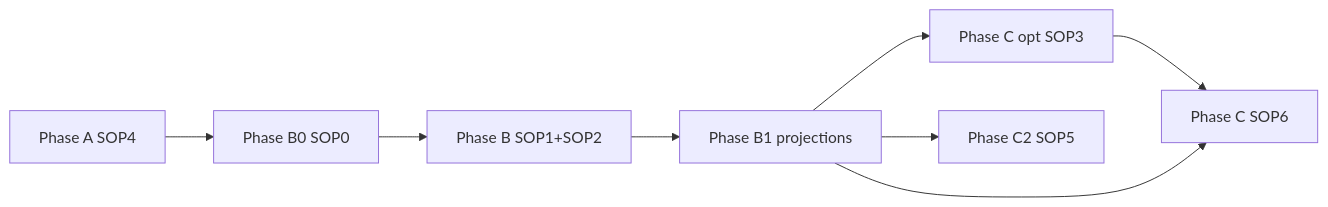
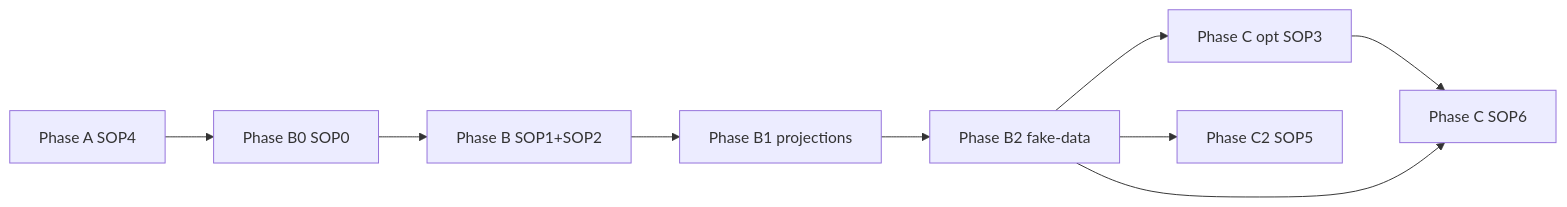
The diagram in starterkit/personal-mcp/SOP_SEQUENCE.md (mindflight-orchestrator/starter-kit-ghostcrab-perso), drawn with Mermaid before and after one commit. The commit also changed other lines of this file and 12 other files, not shown here.

First line of the commit message:
Align StarterKit projections with ghostcrab-personal-mcp artifact taxonomy and B2 fake-data routes.

````diff
--- a/starterkit/personal-mcp/SOP_SEQUENCE.md
+++ b/starterkit/personal-mcp/SOP_SEQUENCE.md
@@ -26,14 +26,15 @@
 ```mermaid
 flowchart LR
   A[Phase A SOP4]
   B0[Phase B0 SOP0]
   B[Phase B SOP1+SOP2]
   B1[Phase B1 projections]
+  B2[Phase B2 fake-data]
   C3[Phase C opt SOP3]
   C6[Phase C SOP6]
   C2[Phase C2 SOP5]
-  A --> B0 --> B --> B1
-  B1 --> C3 --> C6
-  B1 --> C6
-  B1 --> C2
+  A --> B0 --> B --> B1 --> B2
+  B2 --> C3 --> C6
+  B2 --> C6
+  B2 --> C2
 ```
````
